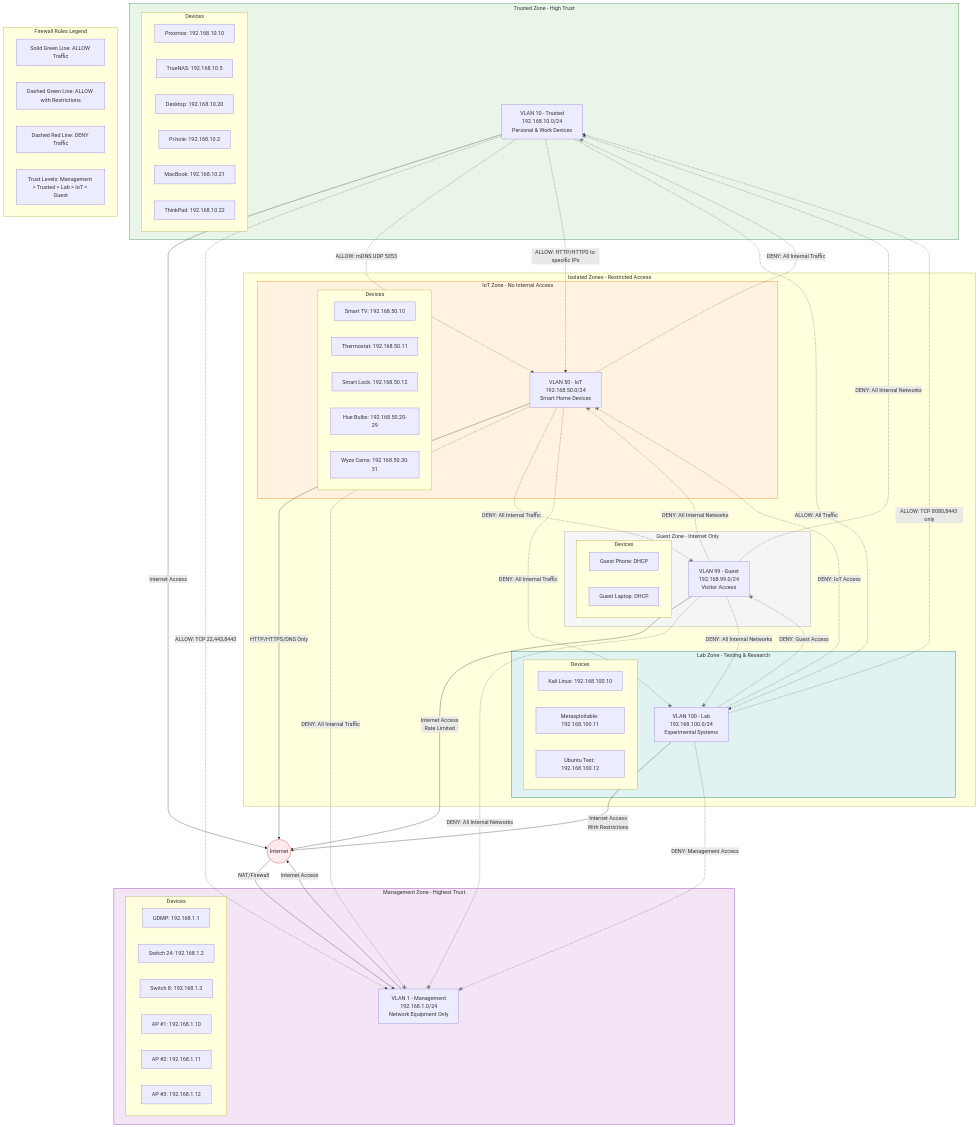
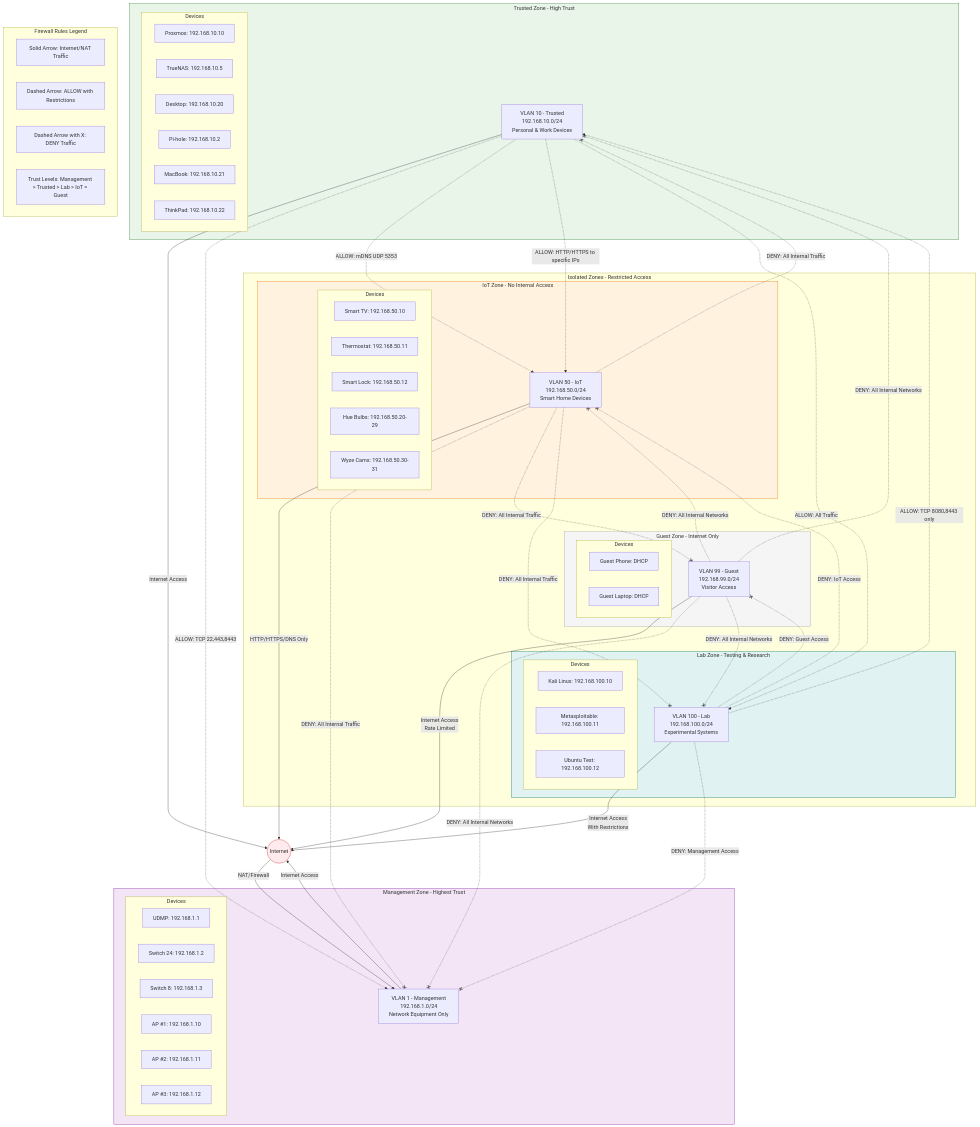
One commit to samueljackson-collab/Portfolio-Project changed the diagram in projects/06-homelab/PRJ-HOME-001/assets/diagrams/logical-vlan-map.mermaid. Above: the diagram before and after it, drawn with Mermaid. The commit also changed 4 other files, not shown here.

```diff
--- a/projects/06-homelab/PRJ-HOME-001/assets/diagrams/logical-vlan-map.mermaid
+++ b/projects/06-homelab/PRJ-HOME-001/assets/diagrams/logical-vlan-map.mermaid
@@ -1,151 +1,151 @@
 flowchart TB
     %% =============================================
     %% Internet Connection
     %% =============================================
     Internet((Internet))
 
     %% =============================================
     %% Management Zone (VLAN 1)
     %% =============================================
     subgraph ManagementZone[Management Zone - Highest Trust]
         VLAN1[VLAN 1 - Management<br/>192.168.1.0/24<br/>Network Equipment Only]
         
         subgraph VLAN1_Devices[Devices]
             UDMP_MGMT[UDMP: 192.168.1.1]
             USW24_MGMT[Switch 24: 192.168.1.2]
             USW8_MGMT[Switch 8: 192.168.1.3]
             AP1_MGMT[AP #1: 192.168.1.10]
             AP2_MGMT[AP #2: 192.168.1.11]
             AP3_MGMT[AP #3: 192.168.1.12]
         end
     end
 
     %% =============================================
     %% Trusted Zone (VLAN 10)
     %% =============================================
     subgraph TrustedZone[Trusted Zone - High Trust]
         VLAN10[VLAN 10 - Trusted<br/>192.168.10.0/24<br/>Personal & Work Devices]
         
         subgraph VLAN10_Devices[Devices]
             Proxmox_Trusted[Proxmox: 192.168.10.10]
             TrueNAS_Trusted[TrueNAS: 192.168.10.5]
             Desktop_Trusted[Desktop: 192.168.10.20]
             PiHole_Trusted[Pi-hole: 192.168.10.2]
             Laptop1_Trusted[MacBook: 192.168.10.21]
             Laptop2_Trusted[ThinkPad: 192.168.10.22]
         end
     end
 
     %% =============================================
     %% Isolated Zones
     %% =============================================
     subgraph IsolatedZones[Isolated Zones - Restricted Access]
         %% IoT Zone (VLAN 50)
         subgraph IoTZone[IoT Zone - No Internal Access]
             VLAN50[VLAN 50 - IoT<br/>192.168.50.0/24<br/>Smart Home Devices]
             
             subgraph VLAN50_Devices[Devices]
                 SmartTV_IoT[Smart TV: 192.168.50.10]
                 Thermostat_IoT[Thermostat: 192.168.50.11]
                 SmartLock_IoT[Smart Lock: 192.168.50.12]
                 HueBulbs_IoT[Hue Bulbs: 192.168.50.20-29]
                 WyzeCam_IoT[Wyze Cams: 192.168.50.30-31]
             end
         end
 
         %% Guest Zone (VLAN 99)
         subgraph GuestZone[Guest Zone - Internet Only]
             VLAN99[VLAN 99 - Guest<br/>192.168.99.0/24<br/>Visitor Access]
             
             subgraph VLAN99_Devices[Devices]
                 GuestPhone[Guest Phone: DHCP]
                 GuestLaptop[Guest Laptop: DHCP]
             end
         end
 
         %% Lab Zone (VLAN 100)
         subgraph LabZone[Lab Zone - Testing & Research]
             VLAN100[VLAN 100 - Lab<br/>192.168.100.0/24<br/>Experimental Systems]
             
             subgraph VLAN100_Devices[Devices]
                 Kali_Lab[Kali Linux: 192.168.100.10]
                 Metasploitable_Lab[Metasploitable: 192.168.100.11]
                 UbuntuTest_Lab[Ubuntu Test: 192.168.100.12]
             end
         end
     end
 
     %% =============================================
     %% Firewall Rules - ALLOW Connections (Green)
     %% =============================================
     
     %% Internet Access
     Internet -->|NAT/Firewall| VLAN1
     VLAN1 -->|Internet Access| Internet
     
     VLAN10 -->|Internet Access| Internet
     VLAN50 -->|HTTP/HTTPS/DNS Only| Internet
     VLAN99 -->|Internet Access<br/>Rate Limited| Internet
     VLAN100 -->|Internet Access<br/>With Restrictions| Internet
 
     %% Management Access
     VLAN10 -.->|ALLOW: TCP 22,443,8443| VLAN1
     
     %% Trusted to IoT Control
     VLAN10 -.->|ALLOW: mDNS UDP 5353| VLAN50
     VLAN10 -.->|ALLOW: HTTP/HTTPS to specific IPs| VLAN50
     
     %% Trusted to Lab Access
     VLAN10 -.->|ALLOW: All Traffic| VLAN100
     
     %% Lab to Trusted (Restricted)
     VLAN100 -.->|ALLOW: TCP 8080,8443 only| VLAN10
 
     %% =============================================
     %% Firewall Rules - DENY Connections (Red)
     %% =============================================
     
     %% IoT Isolation
     VLAN50 -.-x|DENY: All Internal Traffic| VLAN1
     VLAN50 -.-x|DENY: All Internal Traffic| VLAN10
     VLAN50 -.-x|DENY: All Internal Traffic| VLAN99
     VLAN50 -.-x|DENY: All Internal Traffic| VLAN100
 
     %% Guest Isolation
     VLAN99 -.-x|DENY: All Internal Networks| VLAN1
     VLAN99 -.-x|DENY: All Internal Networks| VLAN10
     VLAN99 -.-x|DENY: All Internal Networks| VLAN50
     VLAN99 -.-x|DENY: All Internal Networks| VLAN100
 
     %% Lab Isolation
     VLAN100 -.-x|DENY: Management Access| VLAN1
     VLAN100 -.-x|DENY: IoT Access| VLAN50
     VLAN100 -.-x|DENY: Guest Access| VLAN99
 
     %% =============================================
     %% Styling and Colors
     %% =============================================
     classDef internet fill:#ffebee,stroke:#c62828
     classDef management fill:#f3e5f5,stroke:#7b1fa2
     classDef trusted fill:#e8f5e8,stroke:#2e7d32
     classDef iot fill:#fff3e0,stroke:#ef6c00
     classDef guest fill:#f5f5f5,stroke:#9e9e9e
     classDef lab fill:#e0f2f1,stroke:#00695c
     
     class Internet internet
     class ManagementZone management
     class TrustedZone trusted
     class IoTZone iot
     class GuestZone guest
     class LabZone lab
 
     %% =============================================
     %% Legend
     %% =============================================
-    
+
     subgraph Legend[Firewall Rules Legend]
-        AllowSolid[Solid Green Line: ALLOW Traffic]
-        AllowDashed[Dashed Green Line: ALLOW with Restrictions]
-        DenyDashed[Dashed Red Line: DENY Traffic]
+        SolidLine[Solid Arrow: Internet/NAT Traffic]
+        DashedAllow[Dashed Arrow: ALLOW with Restrictions]
+        DashedDeny[Dashed Arrow with X: DENY Traffic]
         TrustLevels[Trust Levels: Management > Trusted > Lab > IoT = Guest]
     end
```
